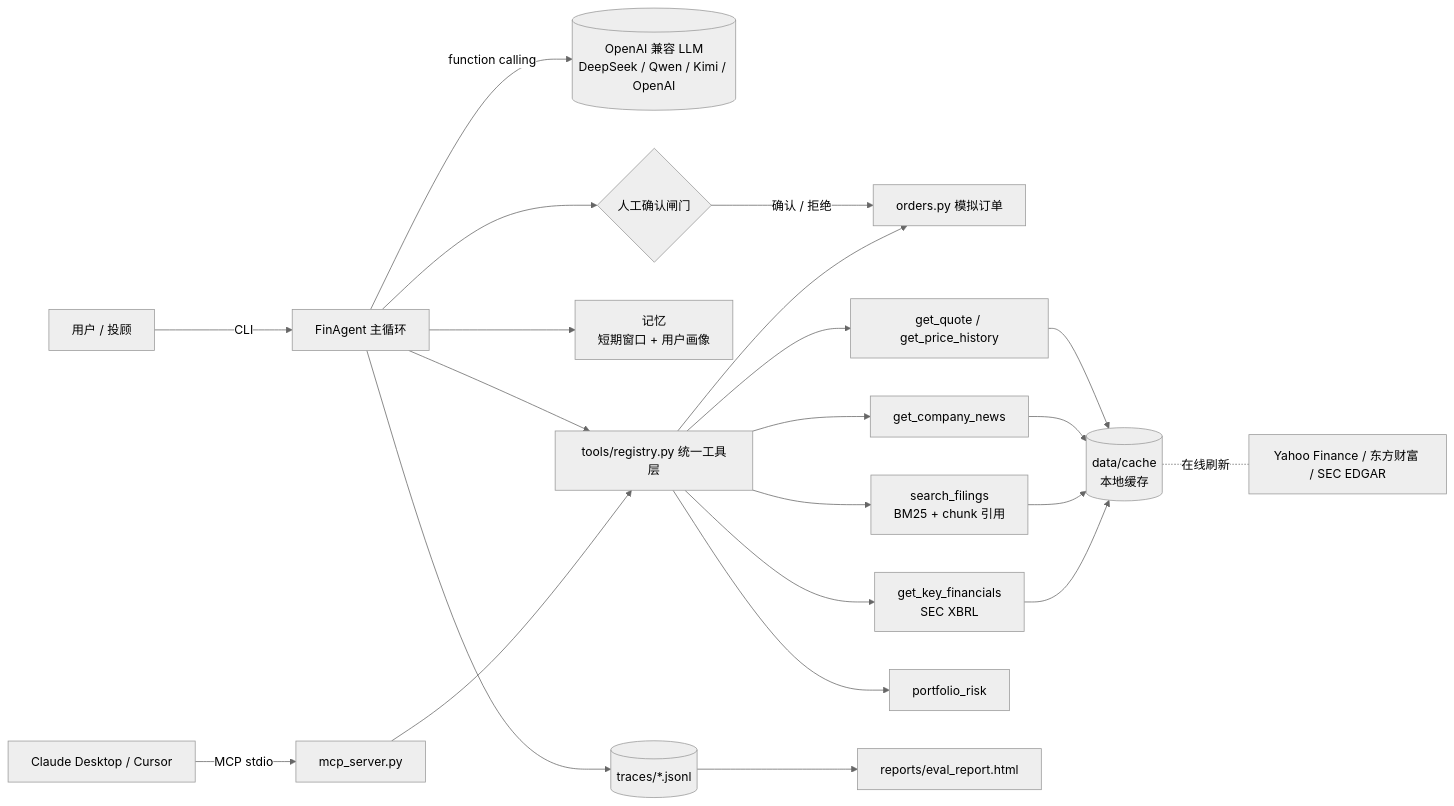
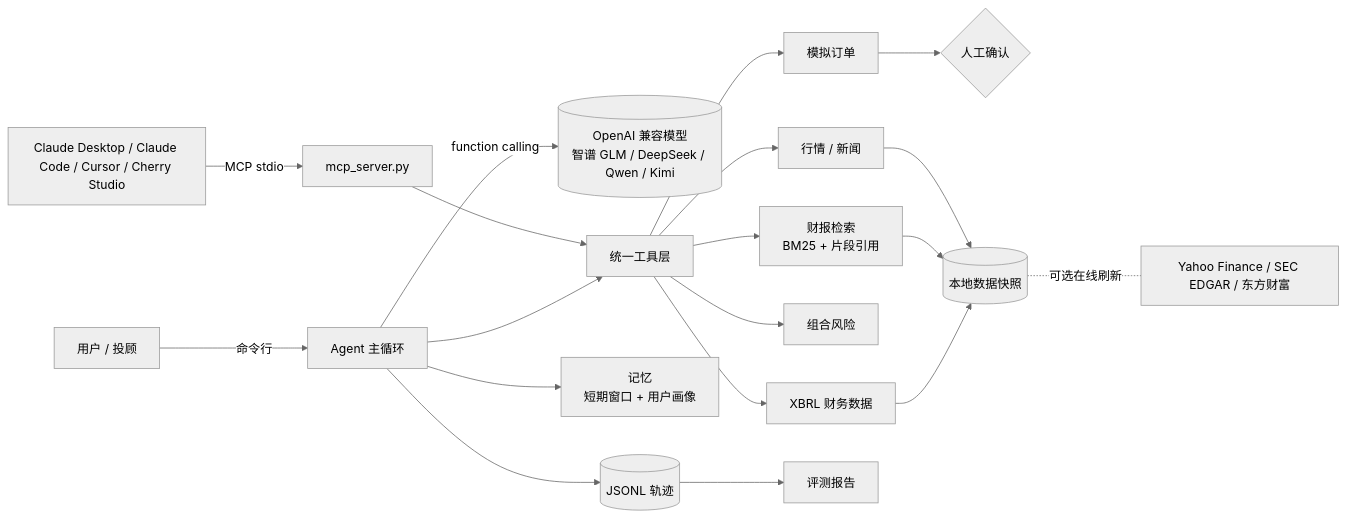
The diagram in README.md (TTNAN/AlphaDesk), drawn with Mermaid (neutral theme) before and after one commit. The commit also changed other lines of this file and 1 other file, not shown here.

Commit message:
README: plain-language intro, real examples, Windows/MCP client setup, roadmap; add English README

````diff
--- a/README.md
+++ b/README.md
@@ -28,22 +121,19 @@
 ```mermaid
 flowchart LR
-    U[用户 / 投顾] -->|CLI| A[FinAgent 主循环]
-    C[Claude Desktop / Cursor] -->|MCP stdio| M[mcp_server.py]
-    A -->|function calling| L[(OpenAI 兼容 LLM<br/>DeepSeek / Qwen / Kimi / OpenAI)]
-    A --> R[tools/registry.py 统一工具层]
-    M --> R
+    C[Claude Desktop / Claude Code / Cursor / Cherry Studio] -->|MCP stdio| M[mcp_server.py]
+    U[用户 / 投顾] -->|命令行| A[Agent 主循环]
+    A -->|function calling| L[(OpenAI 兼容模型<br/>智谱 GLM / DeepSeek / Qwen / Kimi)]
+    M --> R[统一工具层]
+    A --> R
     A --> MEM[记忆<br/>短期窗口 + 用户画像]
-    A --> G{人工确认闸门}
-    G -->|确认 / 拒绝| O[orders.py 模拟订单]
-    R --> Q[get_quote / get_price_history]
-    R --> N[get_company_news]
-    R --> S[search_filings<br/>BM25 + chunk 引用]
-    R --> F[get_key_financials<br/>SEC XBRL]
-    R --> P[portfolio_risk]
-    R --> O
-    Q & N --> CACHE[(data/cache<br/>本地缓存)]
-    S & F --> CACHE
-    CACHE -.在线刷新.- SRC[Yahoo Finance / 东方财富 / SEC EDGAR]
-    A --> T[(traces/*.jsonl)]
-    T --> REP[reports/eval_report.html]
+    R --> Q[行情 / 新闻]
+    R --> S[财报检索<br/>BM25 + 片段引用]
+    R --> F[XBRL 财务数据]
+    R --> P[组合风险]
+    R --> O[模拟订单]
+    O --> G{人工确认}
+    Q & S & F --> CACHE[(本地数据快照)]
+    CACHE -.可选在线刷新.- SRC[Yahoo Finance / SEC EDGAR / 东方财富]
+    A --> T[(JSONL 轨迹)]
+    T --> REP[评测报告]
 ```
````
